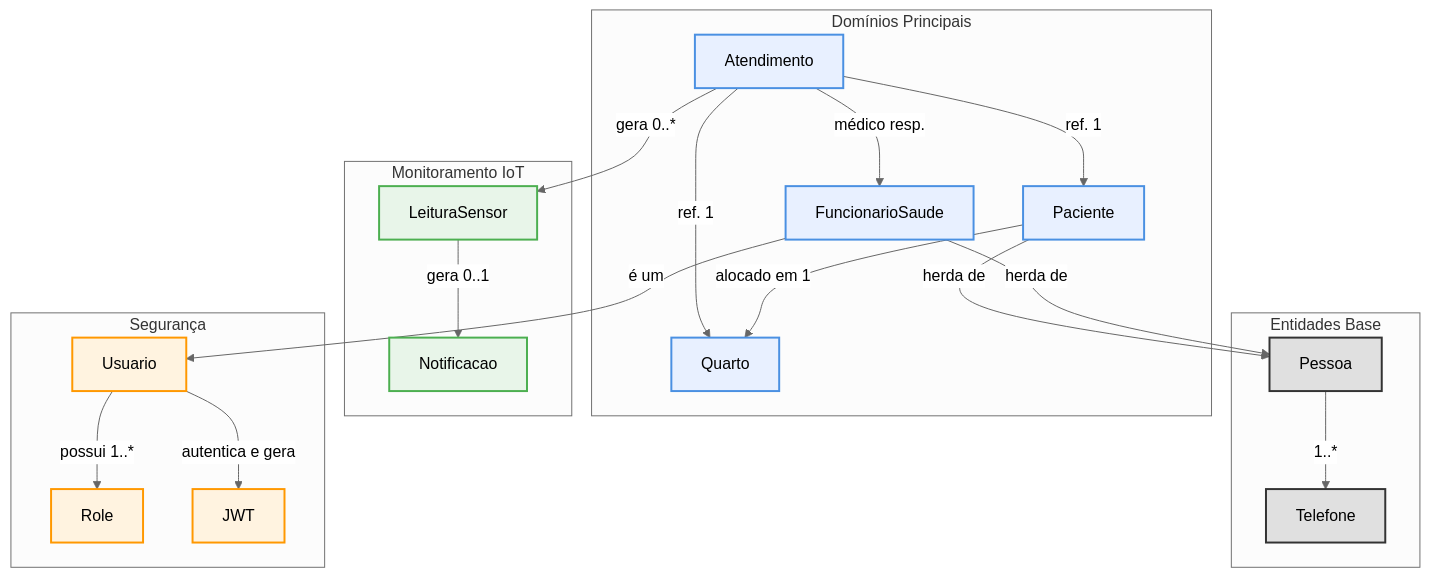
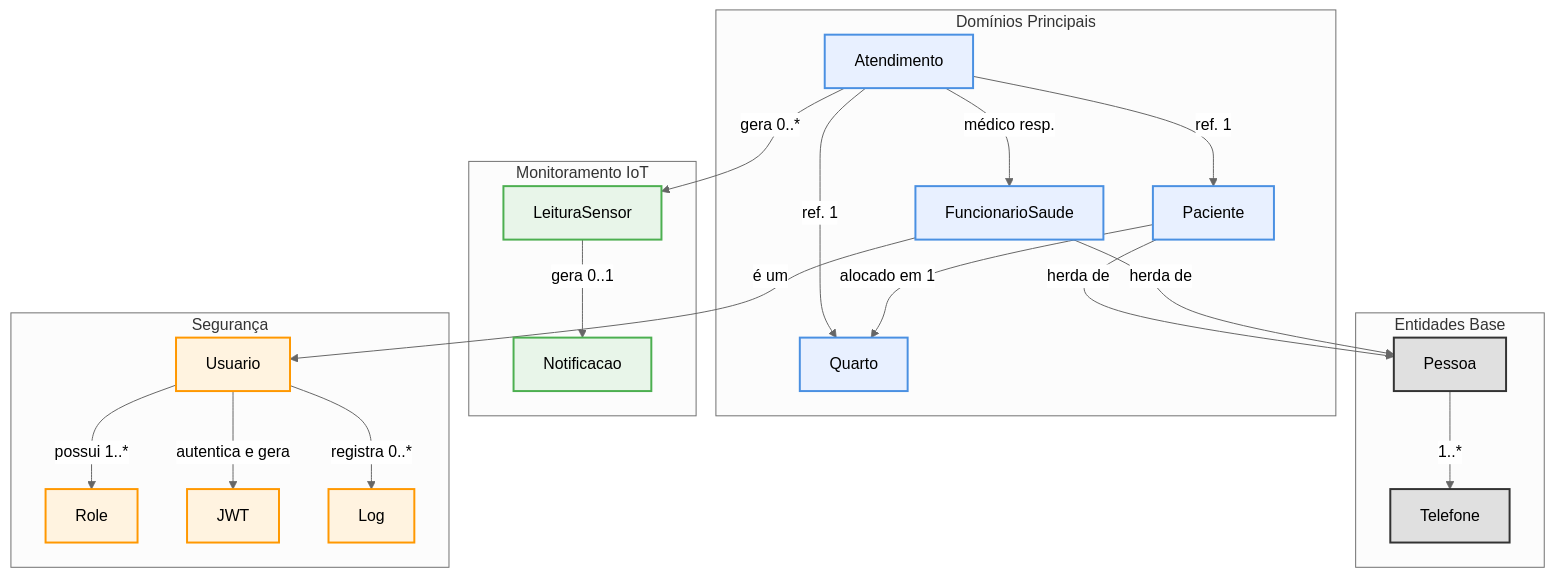
The diagram in README.md (matheus05dev/BackendMonitoramentoPacientes), drawn with Mermaid (neutral theme) before and after one commit. The commit also changed other lines of this file and 1 other file, not shown here.

````diff
--- a/README.md
+++ b/README.md
@@ -75,53 +78,55 @@
 ```mermaid
 graph TD
     subgraph "Entidades Base"
         Pessoa
         Telefone
     end
 
     subgraph "Domínios Principais"
         Paciente
         FuncionarioSaude
         Quarto
         Atendimento
     end
 
     subgraph "Monitoramento IoT"
         LeituraSensor
         Notificacao
     end
 
     subgraph "Segurança"
         Usuario
         Role
         JWT
+        Log
     end
 
     %% Relacionamentos
     Paciente --"herda de"--> Pessoa
     FuncionarioSaude --"herda de"--> Pessoa
     Pessoa --"1..*"--> Telefone
 
     Atendimento --"ref. 1"--> Paciente
     Atendimento --"médico resp."--> FuncionarioSaude
     Atendimento --"ref. 1"--> Quarto
     Paciente --"alocado em 1"--> Quarto
 
     Atendimento --"gera 0..*"--> LeituraSensor
     LeituraSensor --"gera 0..1"--> Notificacao
 
     FuncionarioSaude --"é um"--> Usuario
     Usuario --"possui 1..*"--> Role
     Usuario --"autentica e gera"--> JWT
+    Usuario --"registra 0..*"--> Log
 
     %% Estilização
     classDef base fill:#e0e0e0,stroke:#333,stroke-width:2px;
     classDef domain fill:#e8f0ff,stroke:#4a90e2,stroke-width:2px;
     classDef iot fill:#e8f5e9,stroke:#4caf50,stroke-width:2px;
     classDef security fill:#fff3e0,stroke:#ff9800,stroke-width:2px;
 
     class Pessoa,Telefone base;
     class Paciente,FuncionarioSaude,Quarto,Atendimento domain;
     class LeituraSensor,Notificacao iot;
-    class Usuario,Role,JWT security;
+    class Usuario,Role,JWT,Log security;
 ```
````
